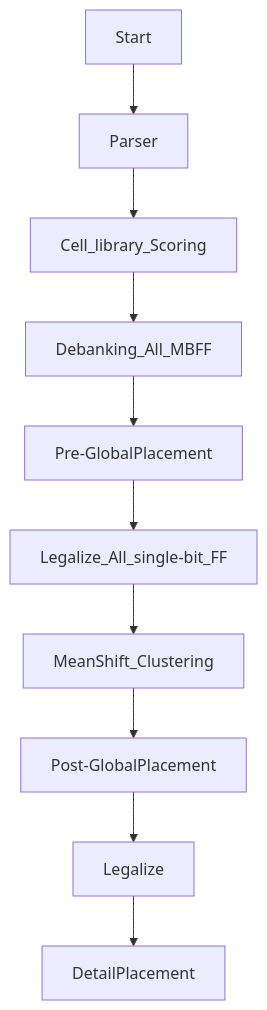
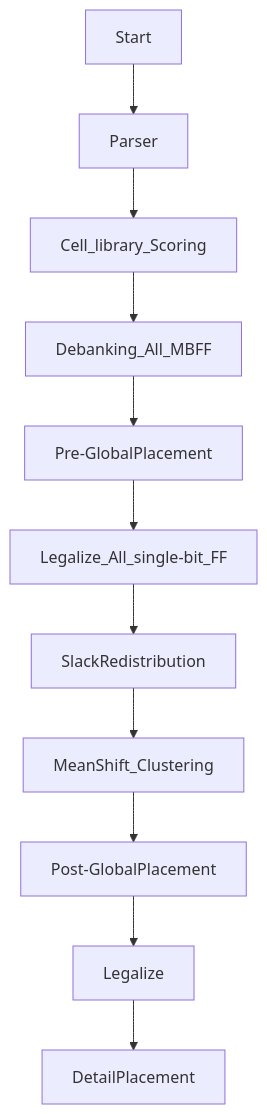
One commit to yyds-tsai-dev/Power-and-Timing-Optimization-Using-Multibit-Flip-Flop changed the diagram in README.md. Above: the diagram before and after it, drawn with Mermaid. The commit also changed other lines of this file and 1 other file, not shown here.

First line of the commit message:
Add performance comparison chart and update README

````diff
--- a/README.md
+++ b/README.md
@@ -16,12 +59,13 @@
 ```mermaid
 graph TD;
     Start-->Parser;
     Parser-->Cell_library_Scoring;
     Cell_library_Scoring-->Debanking_All_MBFF;
     Debanking_All_MBFF-->Pre-GlobalPlacement;
     Pre-GlobalPlacement-->Legalize_All_single-bit_FF;
-    Legalize_All_single-bit_FF-->MeanShift_Clustering;
+    Legalize_All_single-bit_FF-->SlackRedistribution;
+    SlackRedistribution-->MeanShift_Clustering;
     MeanShift_Clustering-->Post-GlobalPlacement;
     Post-GlobalPlacement-->Legalize;
     Legalize-->DetailPlacement;
 ```
````
